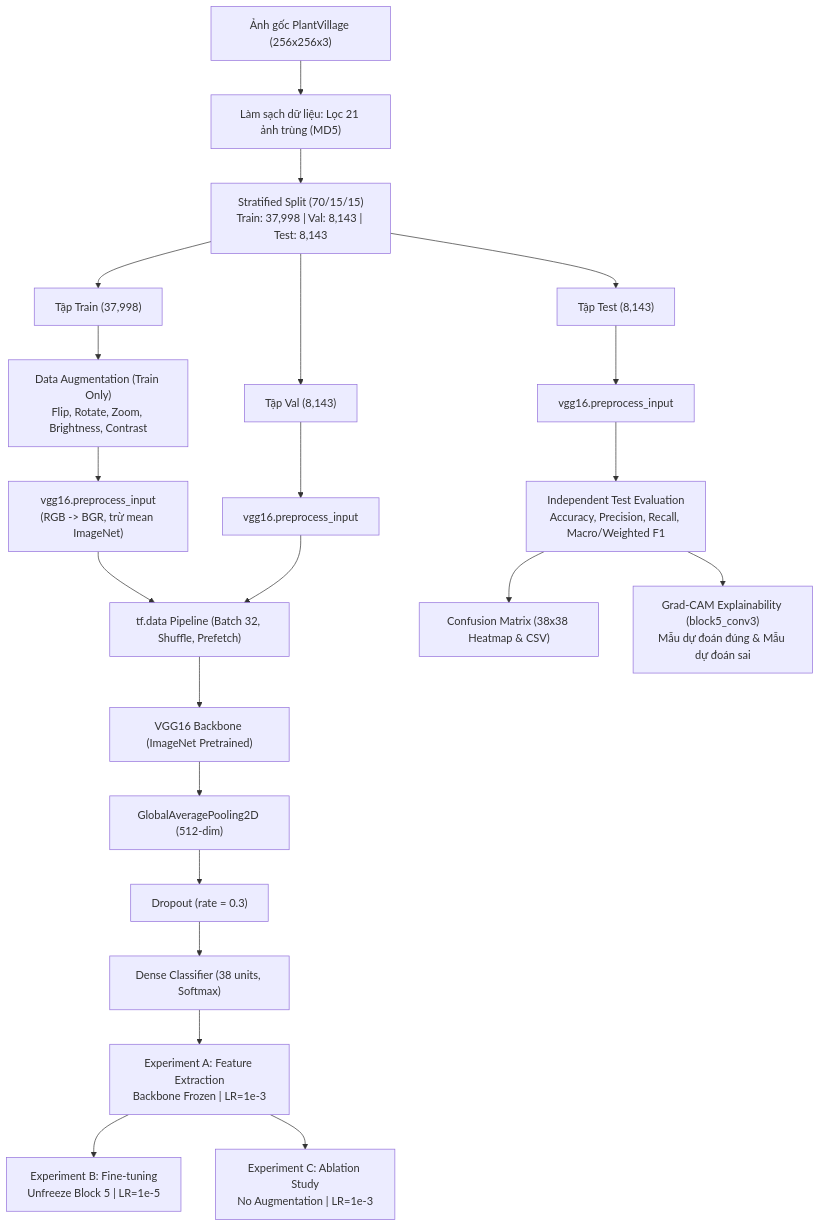
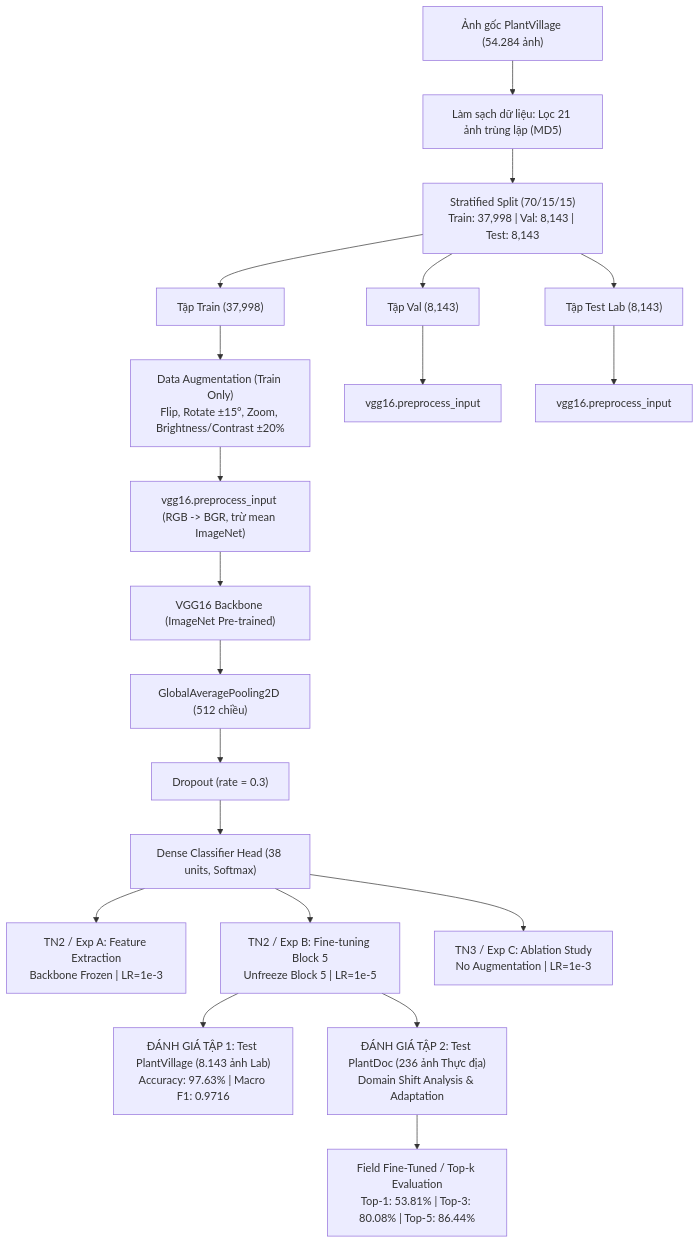
The diagram in docs/_md/vgg16_transfer_learning_report.md (phamtuandat2005/plantvillage-plant-disease-classification), drawn with Mermaid before and after one commit. The commit also changed other lines of this file, not shown here.

Commit message:
docs: cap nhat bao cao ket qua thuc nghiem VGG16 tren tap PlantVillage va PlantDoc (Top-1, Top-3, Top-5)

````diff
--- a/docs/_md/vgg16_transfer_learning_report.md
+++ b/docs/_md/vgg16_transfer_learning_report.md
@@ -14,29 +15,26 @@
 ```mermaid
 flowchart TD
-    A["Ảnh gốc PlantVillage (256x256x3)"] --> B["Làm sạch dữ liệu: Lọc 21 ảnh trùng (MD5)"]
+    A["Ảnh gốc PlantVillage (54.284 ảnh)"] --> B["Làm sạch dữ liệu: Lọc 21 ảnh trùng lặp (MD5)"]
     B --> C["Stratified Split (70/15/15)<br/>Train: 37,998 | Val: 8,143 | Test: 8,143"]
     C --> D1["Tập Train (37,998)"]
     C --> D2["Tập Val (8,143)"]
-    C --> D3["Tập Test (8,143)"]
+    C --> D3["Tập Test Lab (8,143)"]
     
-    D1 --> E1["Data Augmentation (Train Only)<br/>Flip, Rotate, Zoom, Brightness, Contrast"]
-    E1 --> F1["vgg16.preprocess_input<br/>(RGB -> BGR, trừ mean ImageNet)"]
+    D1 --> E1["Data Augmentation (Train Only)<br/>Flip, Rotate ±15°, Zoom, Brightness/Contrast ±20%"]
+    E1 --> F1["vgg16.preprocess_input (RGB -> BGR, trừ mean ImageNet)"]
     D2 --> F2["vgg16.preprocess_input"]
     D3 --> F3["vgg16.preprocess_input"]
     
-    F1 --> G["tf.data Pipeline (Batch 32, Shuffle, Prefetch)"]
-    F2 --> G
+    F1 --> G["VGG16 Backbone (ImageNet Pre-trained)"]
+    G --> H["GlobalAveragePooling2D (512 chiều)"]
+    H --> I["Dropout (rate = 0.3)"]
+    I --> J["Dense Classifier Head (38 units, Softmax)"]
     
-    G --> H["VGG16 Backbone (ImageNet Pretrained)"]
-    H --> I["GlobalAveragePooling2D (512-dim)"]
-    I --> J["Dropout (rate = 0.3)"]
-    J --> K["Dense Classifier (38 units, Softmax)"]
+    J --> K1["TN2 / Exp A: Feature Extraction<br/>Backbone Frozen | LR=1e-3"]
+    J --> K2["TN2 / Exp B: Fine-tuning Block 5<br/>Unfreeze Block 5 | LR=1e-5"]
+    J --> K3["TN3 / Exp C: Ablation Study<br/>No Augmentation | LR=1e-3"]
     
-    K --> L1["Experiment A: Feature Extraction<br/>Backbone Frozen | LR=1e-3"]
-    L1 --> L2["Experiment B: Fine-tuning<br/>Unfreeze Block 5 | LR=1e-5"]
-    L1 --> L3["Experiment C: Ablation Study<br/>No Augmentation | LR=1e-3"]
-    
-    F3 --> M["Independent Test Evaluation<br/>Accuracy, Precision, Recall, Macro/Weighted F1"]
-    M --> N["Confusion Matrix (38x38 Heatmap & CSV)"]
-    M --> O["Grad-CAM Explainability (block5_conv3)<br/>Mẫu dự đoán đúng & Mẫu dự đoán sai"]
+    K2 --> L["ĐÁNH GIÁ TẬP 1: Test PlantVillage (8.143 ảnh Lab)<br/>Accuracy: 97.63% | Macro F1: 0.9716"]
+    K2 --> M["ĐÁNH GIÁ TẬP 2: Test PlantDoc (236 ảnh Thực địa)<br/>Domain Shift Analysis & Adaptation"]
+    M --> N["Field Fine-Tuned / Top-k Evaluation<br/>Top-1: 53.81% | Top-3: 80.08% | Top-5: 86.44%"]
 ```
````
